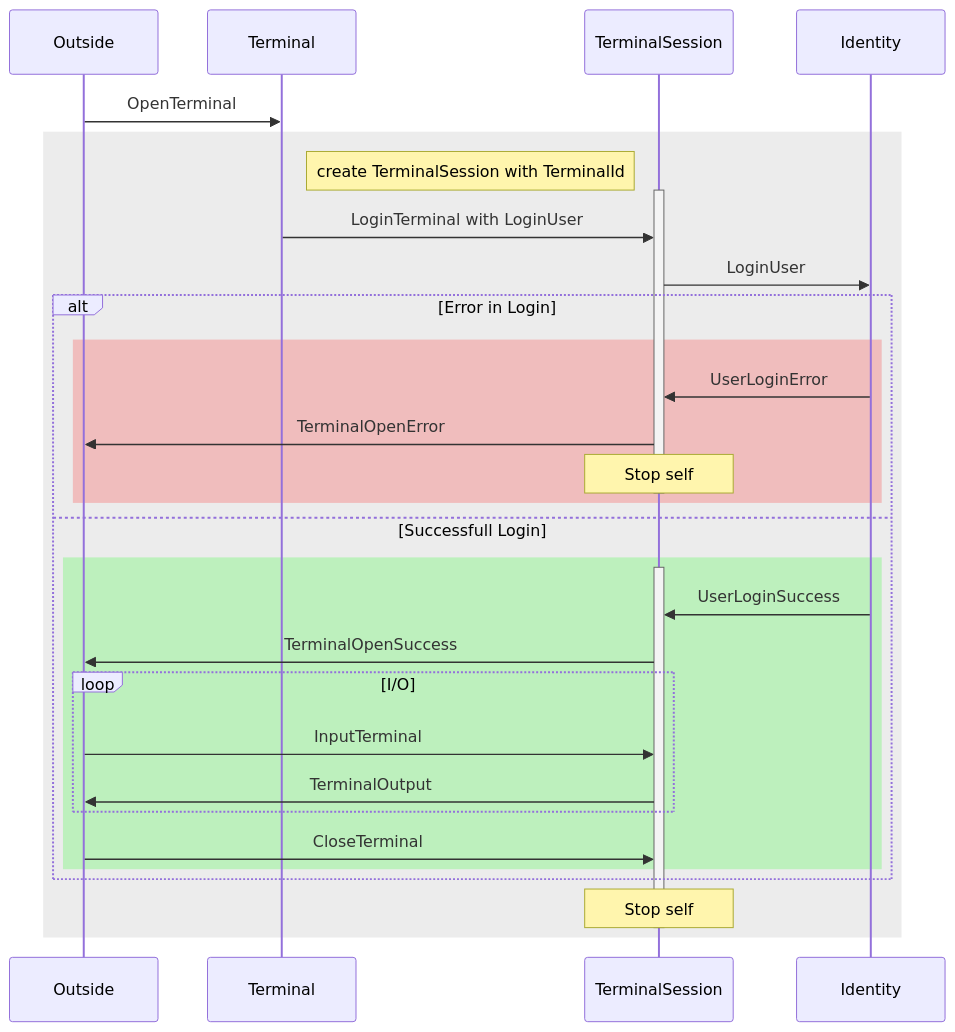
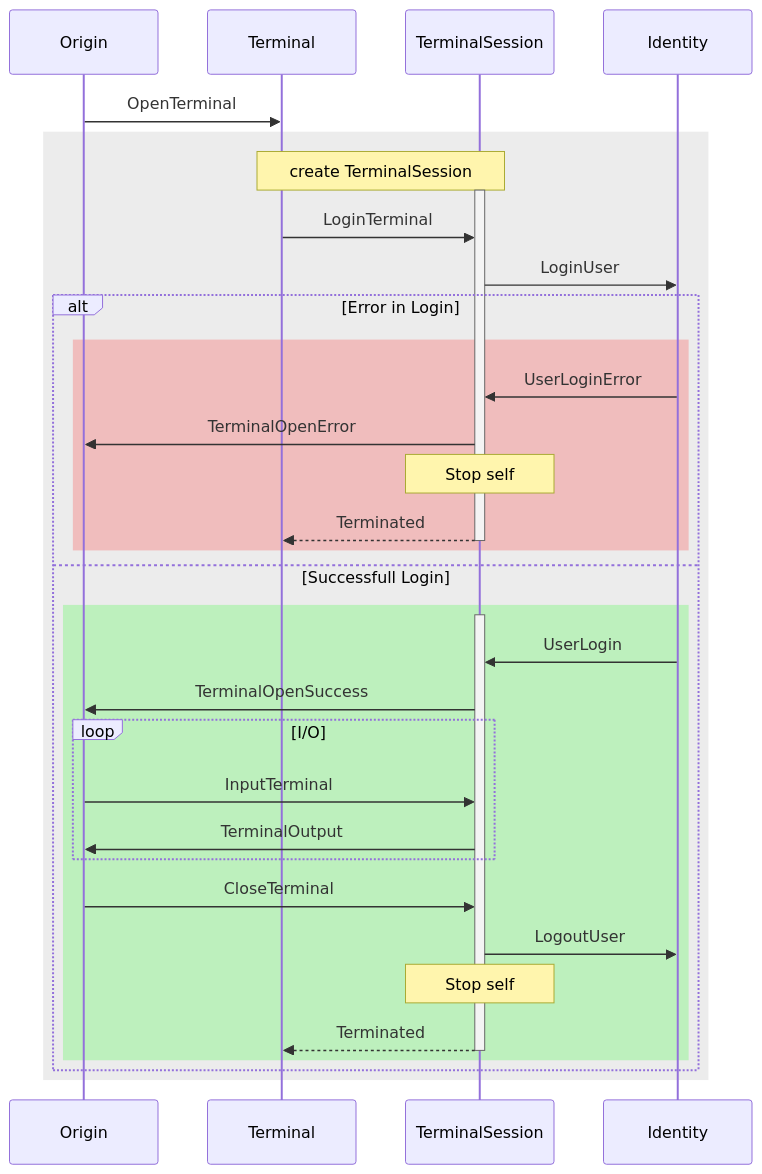
Before and after one commit to flensrocker/Actor.GameHub: the diagram in src/Actor.GameHub.Terminal.Abstractions/terminal-model.mmd, drawn with Mermaid. The commit also changed 18 other files, not shown here.

```diff
--- a/src/Actor.GameHub.Terminal.Abstractions/terminal-model.mmd
+++ b/src/Actor.GameHub.Terminal.Abstractions/terminal-model.mmd
@@ -1,34 +1,37 @@
 sequenceDiagram
-  participant o as Outside
+  participant o as Origin
   participant t as Terminal
   participant ts as TerminalSession
   participant id as Identity
 
   o->>t:OpenTerminal
   rect rgba(160, 160, 160, .2)
-    Note right of t:create TerminalSession with TerminalId
+    Note over t,ts:create TerminalSession
     activate ts
-    t->>ts:LoginTerminal with LoginUser
+    t->>ts:LoginTerminal
     ts->>id:LoginUser
     alt Error in Login
       rect rgba(255, 0, 0, .2)
         id->>ts:UserLoginError
         ts->>o:TerminalOpenError
         Note over ts:Stop self
+        ts-->>t:Terminated
         deactivate ts
       end
     else Successfull Login
       rect rgba(0, 255, 0, .2)
         activate ts
-        id->>ts:UserLoginSuccess
+        id->>ts:UserLogin
         ts->>o:TerminalOpenSuccess
         loop I/O
           o->>ts:InputTerminal
           ts->>o:TerminalOutput
         end
         o->>ts:CloseTerminal
+        ts->>id:LogoutUser
+        Note over ts:Stop self
+        ts-->>t:Terminated
+        deactivate ts
       end
     end
-    Note over ts:Stop self
-    deactivate ts
   end
```
